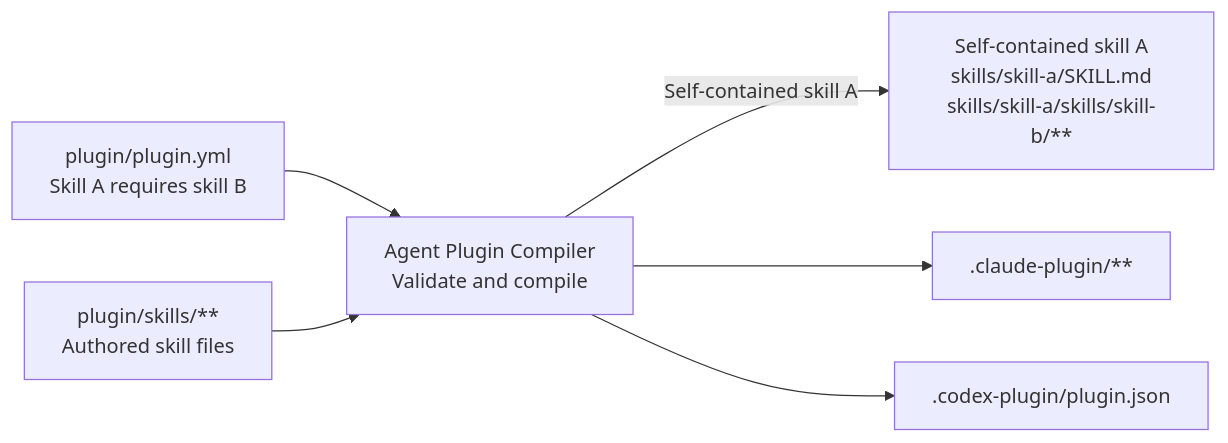
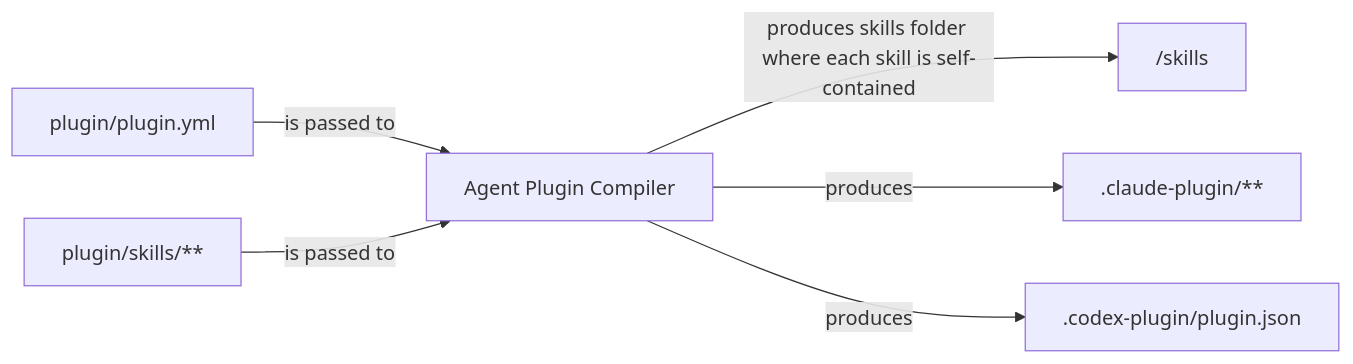
Before and after one commit to fam-tung-lam/ptlam-agent-plugin-compiler: the diagram in README.md, drawn with Mermaid.

Commit message:
docs: improve diagram in README.md

````diff
--- a/README.md
+++ b/README.md
@@ -49,15 +49,15 @@
 ```mermaid
 flowchart LR
-  Manifest["plugin/plugin.yml<br/>Skill A requires skill B"]
-  Sources["plugin/skills/**<br/>Authored skill files"]
-  Compiler["Agent Plugin Compiler<br/>Validate and compile"]
-  Skill["Self-contained skill A<br/>skills/skill-a/SKILL.md<br/>skills/skill-a/skills/skill-b/**"]
+  Manifest["plugin/plugin.yml"]
+  Sources["plugin/skills/**"]
+  Compiler["Agent Plugin Compiler"]
+  Skill["/skills"]
   Claude[".claude-plugin/**"]
   Codex[".codex-plugin/plugin.json"]
 
-  Manifest --> Compiler
-  Sources --> Compiler
-  Compiler -->|"Self-contained skill A"| Skill
-  Compiler --> Claude
-  Compiler --> Codex
+  Manifest -->|is passed to| Compiler
+  Sources -->|is passed to| Compiler
+  Compiler -->|"produces skills folder where each skill is self-contained"| Skill
+  Compiler -->|produces| Claude
+  Compiler -->|produces| Codex
 ```
````
